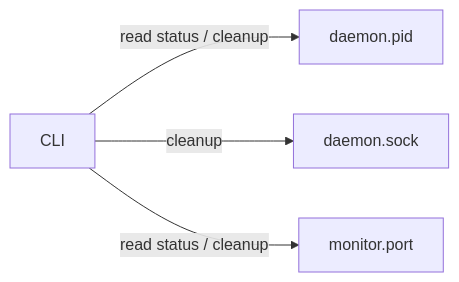
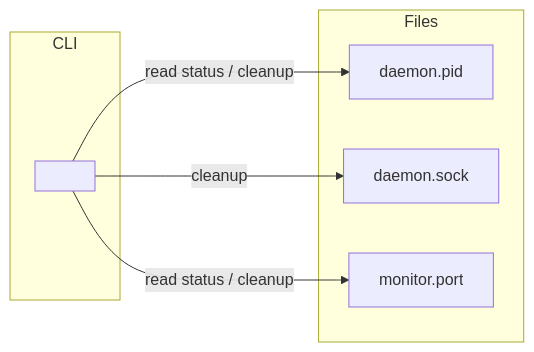
Before and after one commit to HealGaren/claude-channel-mux: the tenth of 12 diagrams in docs/guides/architecture.md, drawn with Mermaid. The commit also changed other lines of this file, not shown here.

Commit message:
docs: add subgraph boxes to state directory diagrams

````diff
--- a/docs/guides/architecture.md
+++ b/docs/guides/architecture.md
@@ -195,6 +214,15 @@
 ```mermaid
 graph LR
-    CLI -->|read status / cleanup| PID[daemon.pid]
-    CLI -->|cleanup| SOCK[daemon.sock]
-    CLI -->|read status / cleanup| MON[monitor.port]
+    subgraph CLI
+        C[ ]
+    end
+    subgraph Files
+        PID[daemon.pid]
+        SOCK[daemon.sock]
+        MON[monitor.port]
+    end
+
+    C -->|read status / cleanup| PID
+    C -->|cleanup| SOCK
+    C -->|read status / cleanup| MON
 ```
````
